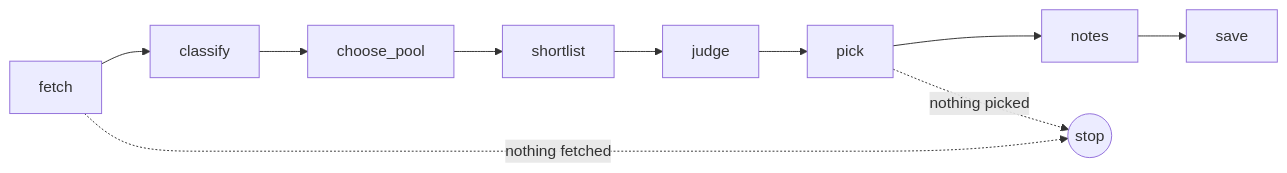
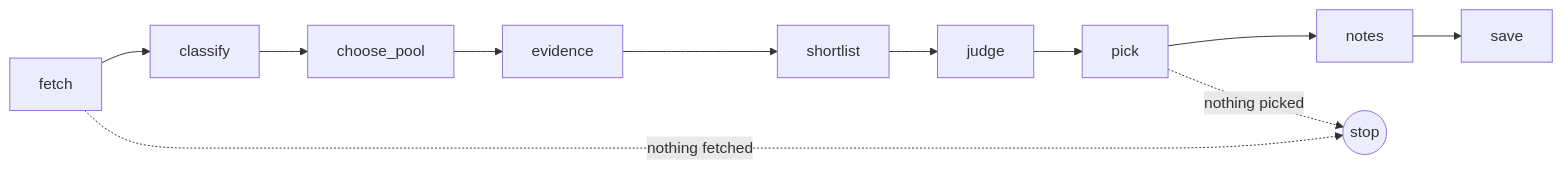
The second of 5 diagrams in README.md (Omen-bit/ai-paper-daily), drawn with Mermaid before and after one commit. The commit also changed other lines of this file and 25 other files, not shown here.

````diff
--- a/README.md
+++ b/README.md
@@ -218,6 +224,6 @@
 ```mermaid
 flowchart LR
-    fetch --> classify --> choose_pool --> shortlist --> judge --> pick --> notes --> save
+    fetch --> classify --> choose_pool --> evidence --> shortlist --> judge --> pick --> notes --> save
     fetch -.->|"nothing fetched"| stop((stop))
     pick -.->|"nothing picked"| stop
 ```
````
